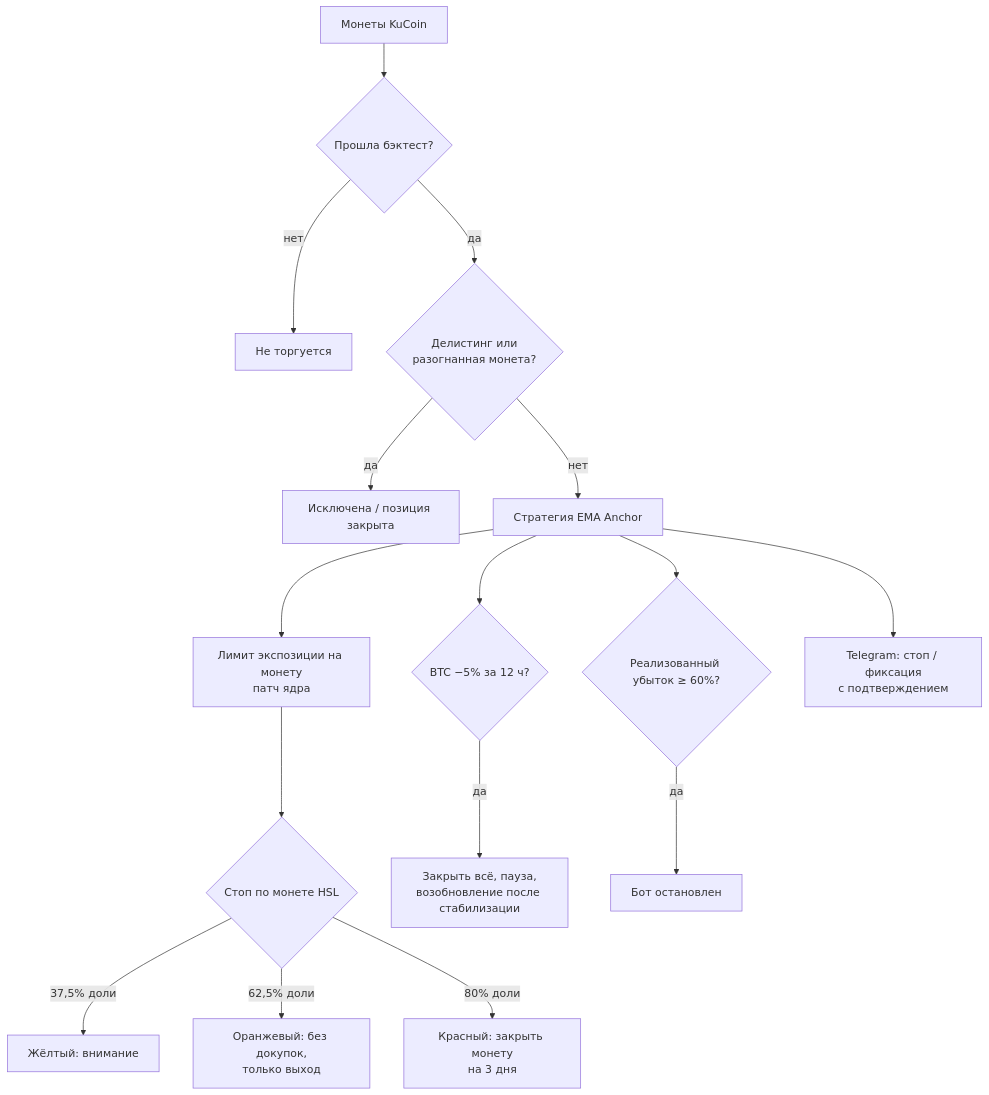
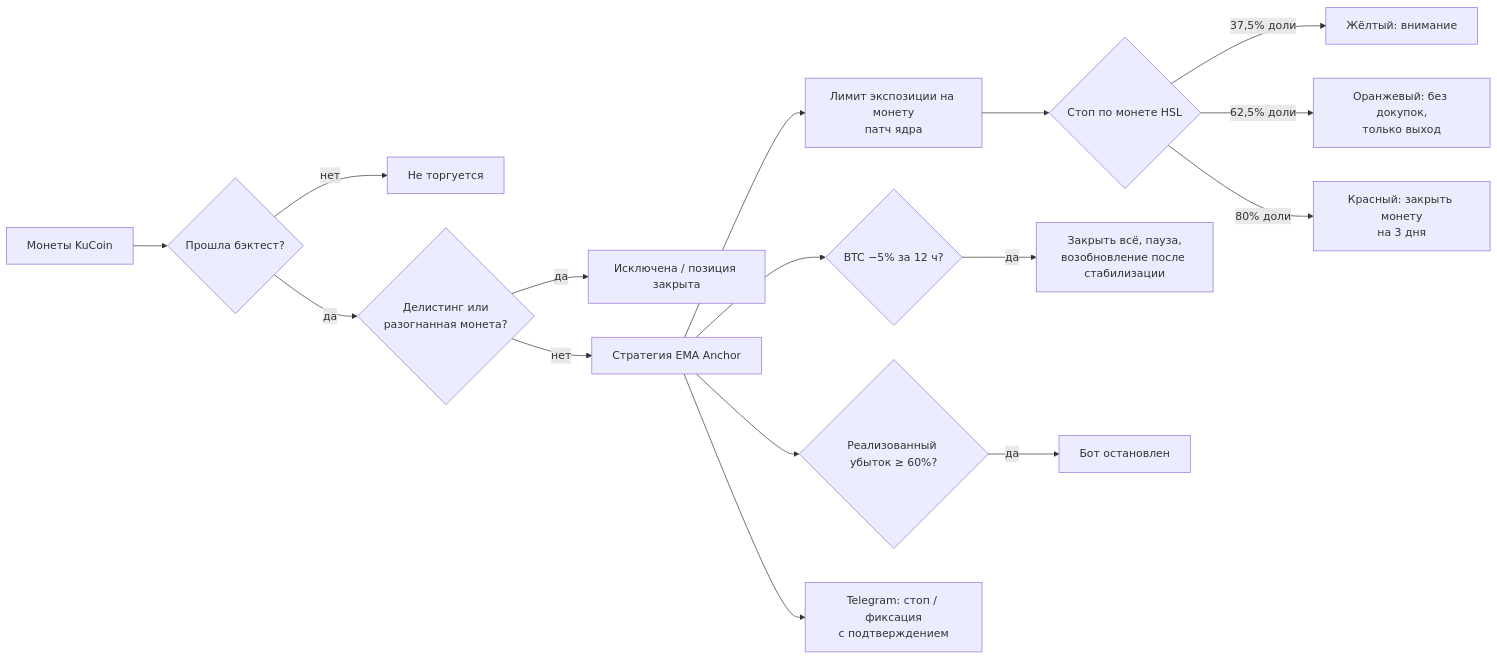
The diagram in README.ru.md (edlianyandex-commits/kucoin-turbo-bot), drawn with Mermaid before and after one commit. The commit also changed 1 other file, not shown here.

Commit message:
docs: horizontal protection diagram

````diff
--- a/README.ru.md
+++ b/README.ru.md
@@ -176,18 +176,18 @@
 ```mermaid
-flowchart TD
+flowchart LR
     A[Монеты KuCoin] --> B{Прошла бэктест?}
     B -- нет --> X1[Не торгуется]
     B -- да --> C{Делистинг или<br/>разогнанная монета?}
     C -- да --> X2[Исключена / позиция закрыта]
     C -- нет --> D[Стратегия EMA Anchor]
     D --> E[Лимит экспозиции на монету<br/>патч ядра]
     E --> F{Стоп по монете HSL}
     F -- 37,5% доли --> F1[Жёлтый: внимание]
     F -- 62,5% доли --> F2[Оранжевый: без докупок,<br/>только выход]
     F -- 80% доли --> F3[Красный: закрыть монету<br/>на 3 дня]
     D --> G{BTC −5% за 12 ч?}
     G -- да --> G1[Закрыть всё, пауза,<br/>возобновление после стабилизации]
     D --> H{Реализованный убыток ≥ 60%?}
     H -- да --> H1[Бот остановлен]
     D --> I[Telegram: стоп / фиксация<br/>с подтверждением]
 ```
````
